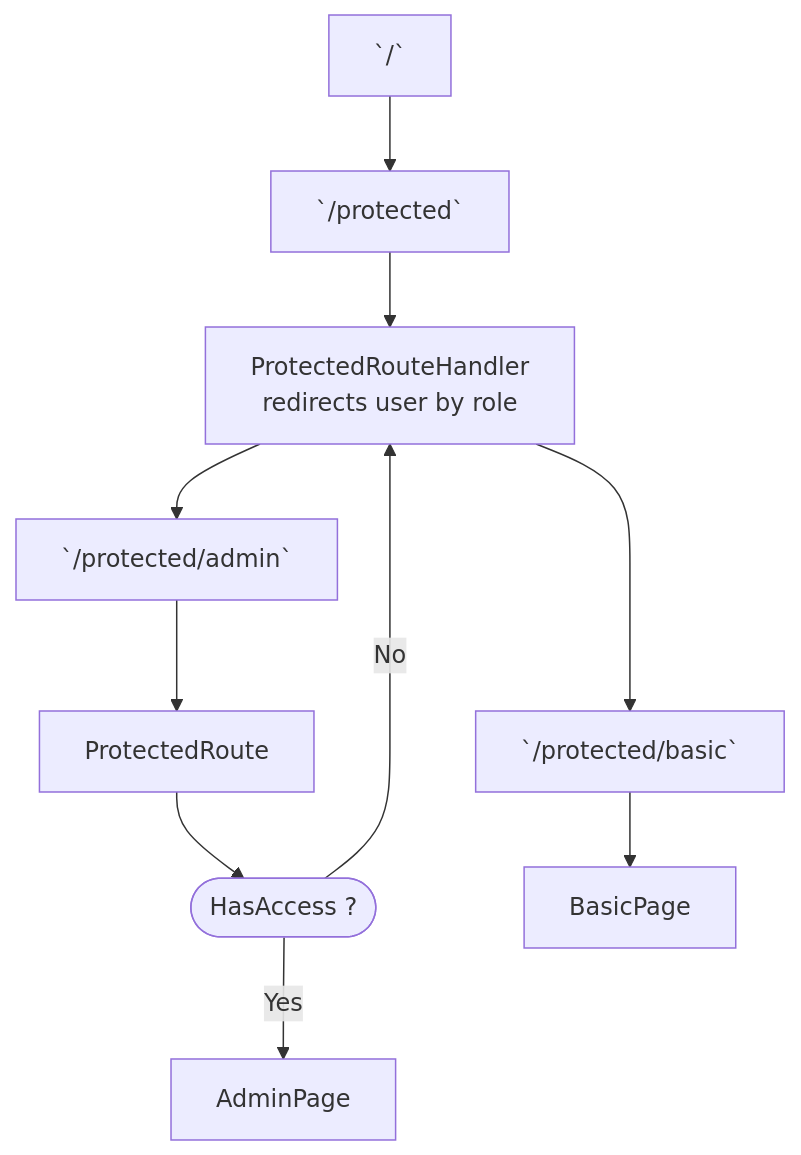
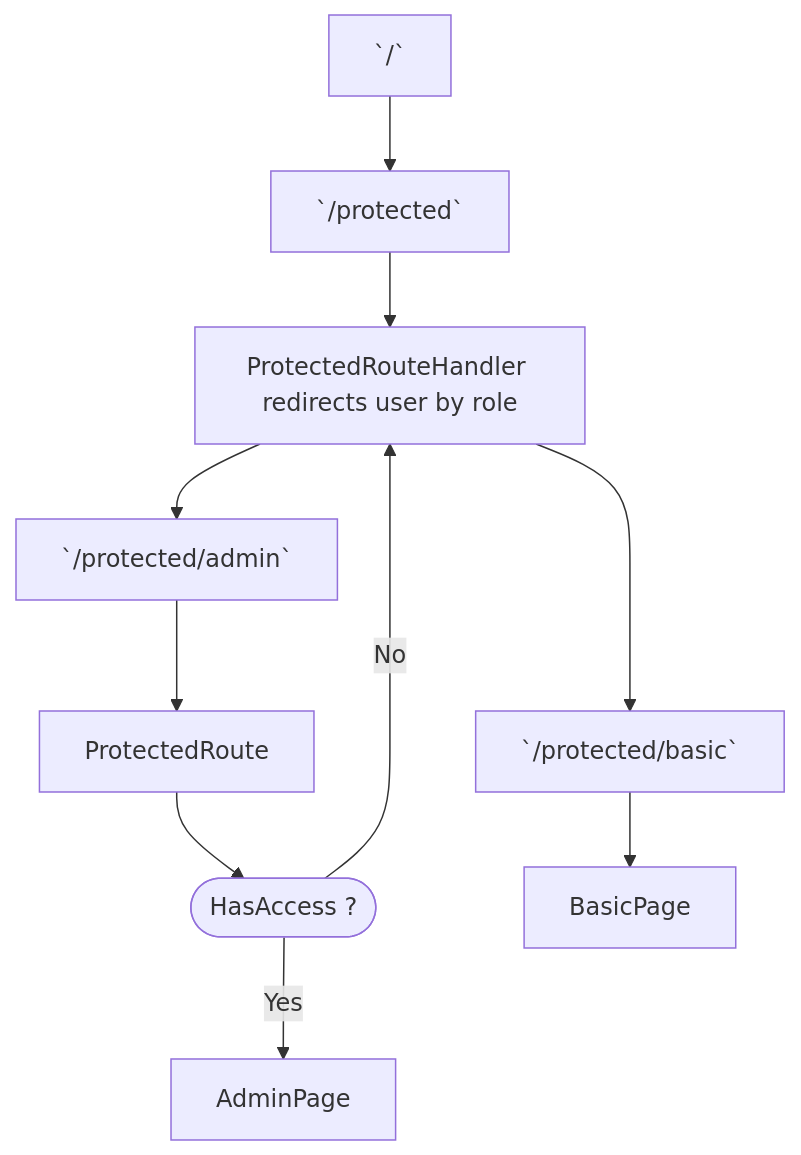
The second of 2 diagrams in README.md (dictybase-playground/logto-test), drawn with Mermaid before and after one commit.

````diff
--- a/README.md
+++ b/README.md
@@ -65,24 +65,23 @@
 ```mermaid
 flowchart TD
 
 A[`/`]
 B[`/protected`]
-B1[ProtectedRouteHandler
-   redirects user by role]
+B1[ProtectedRouteHandler redirects user by role]
 C[`/protected/admin`]
 E[`/protected/basic`]
 PC[ProtectedRoute]
 PQ([HasAccess ?])
 C1[AdminPage]
 E1[BasicPage]
 
 A --> B
 B --> B1
 B1 --> C
 B1 ---> E
 C --> PC
 PC --> PQ
 PQ --> |Yes| C1
 PQ --> |No| B1
 E --> E1
 ```
````
